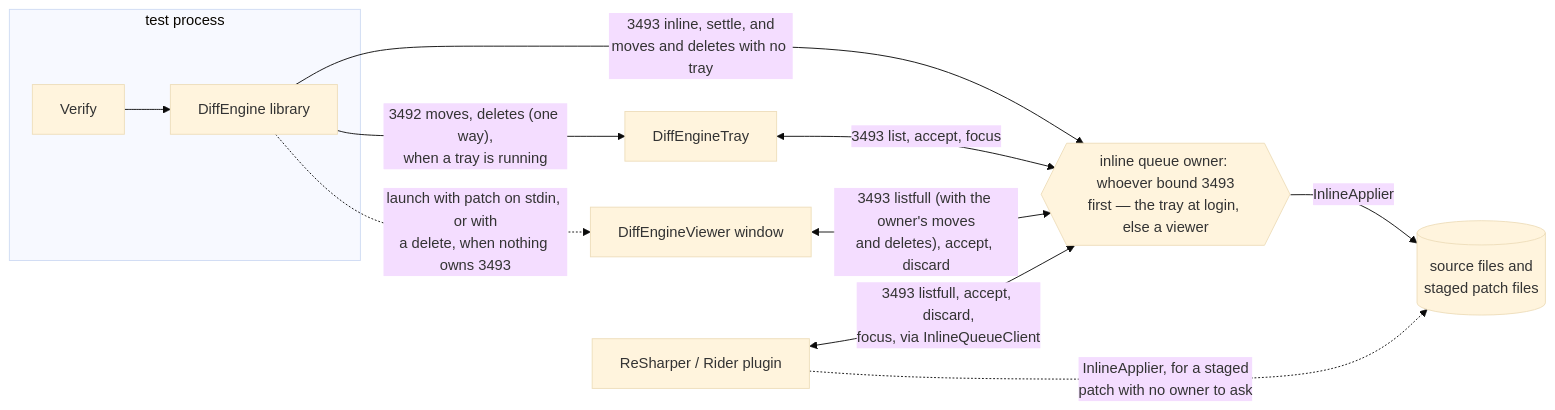
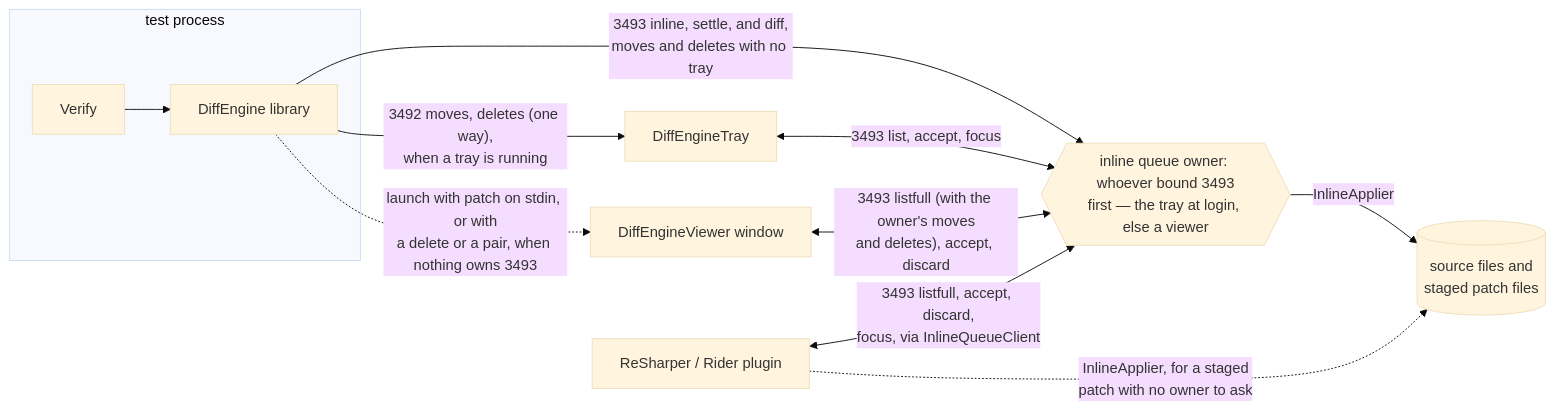
The first of 2 diagrams in docs/inline.md (VerifyTests/DiffEngine), drawn with Mermaid (base theme) before and after one commit. The commit also changed other lines of this file and 42 other files, not shown here.

````diff
--- a/docs/inline.md
+++ b/docs/inline.md
@@ -17,20 +17,20 @@
 ```mermaid
 flowchart LR
     subgraph Test["test process"]
         Verify["Verify"] --> Engine["DiffEngine library"]
     end
     Tray["DiffEngineTray"]
     Window["DiffEngineViewer window"]
     Plugin["ReSharper / Rider plugin"]
     Owner{{"inline queue owner: whoever bound 3493<br/>first — the tray at login, else a viewer"}}
     Files[("source files and<br/>staged patch files")]
 
     Engine -->|"3492 moves, deletes (one way),<br/>when a tray is running"| Tray
-    Engine -->|"3493 inline, settle, and<br/>moves and deletes with no tray"| Owner
-    Engine -.->|"launch with patch on stdin, or with<br/>a delete, when nothing owns 3493"| Window
+    Engine -->|"3493 inline, settle, and diff,<br/>moves and deletes with no tray"| Owner
+    Engine -.->|"launch with patch on stdin, or with<br/>a delete or a pair, when nothing owns 3493"| Window
     Tray <-->|"3493 list, accept, focus"| Owner
     Window <-->|"3493 listfull (with the owner's moves<br/>and deletes), accept, discard"| Owner
     Plugin <-->|"3493 listfull, accept, discard,<br/>focus, via InlineQueueClient"| Owner
     Owner -->|"InlineApplier"| Files
     Plugin -.->|"InlineApplier, for a staged<br/>patch with no owner to ask"| Files
 ```
````
